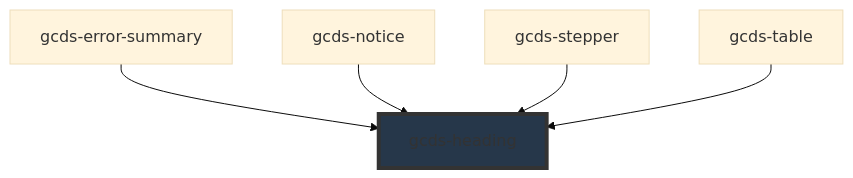
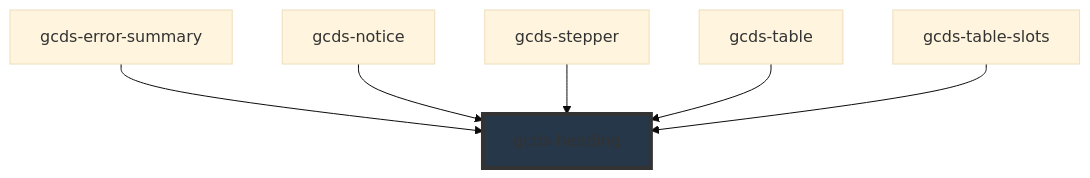
The diagram in packages/web/src/components/gcds-heading/readme.md (cds-snc/gcds-components), drawn with Mermaid (base theme) before and after one commit. The commit also changed other lines of this file and 29 other files, not shown here.

Commit message:
Add gcds-table-slots for testing use of slots

````diff
--- a/packages/web/src/components/gcds-heading/readme.md
+++ b/packages/web/src/components/gcds-heading/readme.md
@@ -40,8 +41,9 @@
 ```mermaid
 graph TD;
   gcds-error-summary --> gcds-heading
   gcds-notice --> gcds-heading
   gcds-stepper --> gcds-heading
   gcds-table --> gcds-heading
+  gcds-table-slots --> gcds-heading
   style gcds-heading fill:#26374a,stroke:#333,stroke-width:4px
 ```
````
